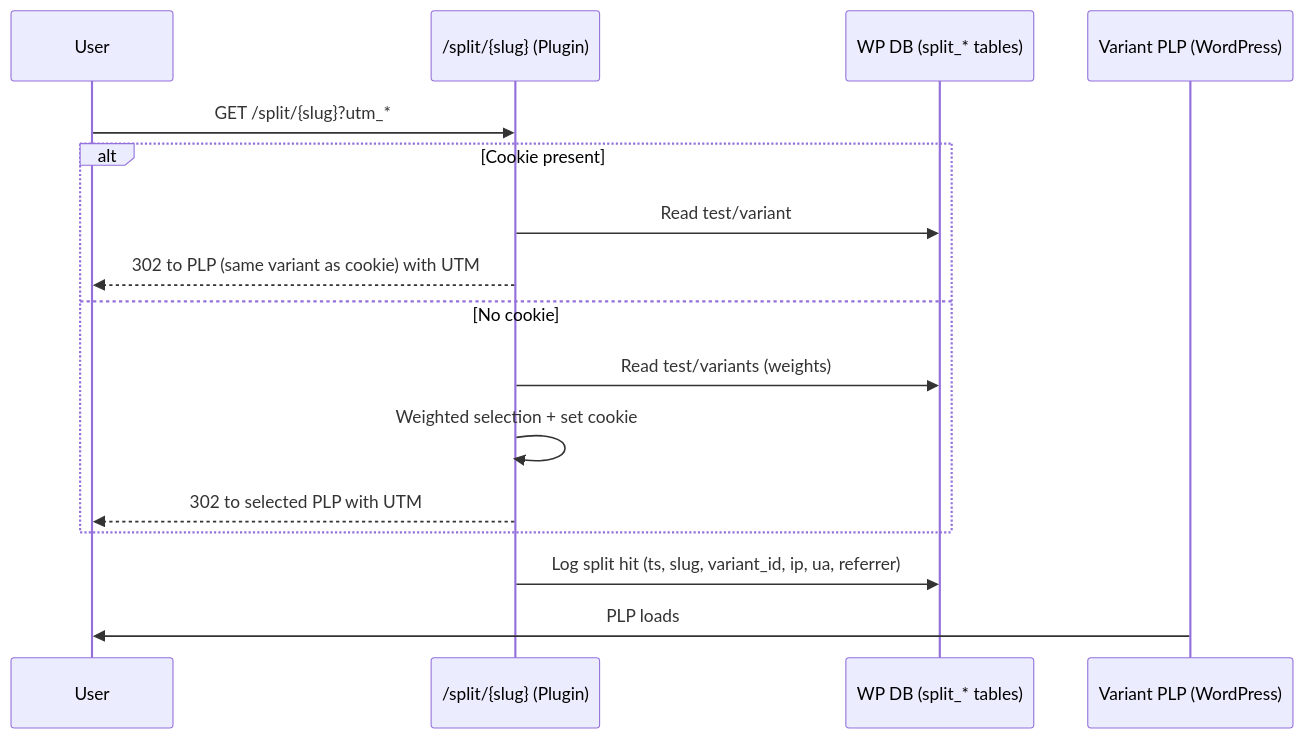
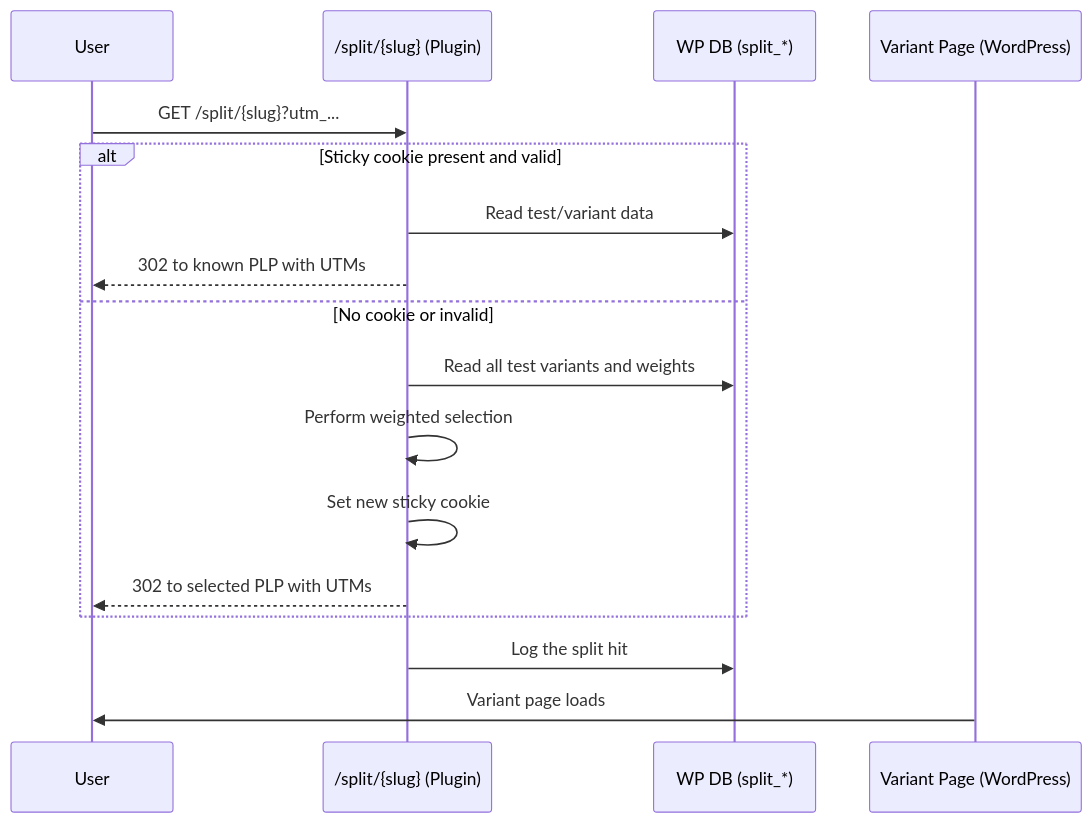
One commit to Nohow2117/GoWPTracker changed the second of 2 diagrams in docs/architecture.md. Above: the diagram before and after it, drawn with Mermaid. The commit also changed other lines of this file and 6 other files, not shown here.

First line of the commit message:
feat: Implement split test and Go tracker improvements

````diff
--- a/docs/architecture.md
+++ b/docs/architecture.md
@@ -176,19 +105,20 @@
 ```mermaid
 sequenceDiagram
     participant User
     participant Split as /split/{slug} (Plugin)
-    participant DB as WP DB (split_* tables)
-    participant PLP as Variant PLP (WordPress)
+    participant DB as WP DB (split_*)
+    participant PLP as Variant Page (WordPress)
 
-    User->>Split: GET /split/{slug}?utm_*
-    alt Cookie present
-        Split->>DB: Read test/variant
-        Split-->>User: 302 to PLP (same variant as cookie) with UTM
-    else No cookie
-        Split->>DB: Read test/variants (weights)
-        Split->>Split: Weighted selection + set cookie
-        Split-->>User: 302 to selected PLP with UTM
+    User->>Split: GET /split/{slug}?utm_...
+    alt Sticky cookie present and valid
+        Split->>DB: Read test/variant data
+        Split-->>User: 302 to known PLP with UTMs
+    else No cookie or invalid
+        Split->>DB: Read all test variants and weights
+        Split->>Split: Perform weighted selection
+        Split->>Split: Set new sticky cookie
+        Split-->>User: 302 to selected PLP with UTMs
     end
-    Split->>DB: Log split hit (ts, slug, variant_id, ip, ua, referrer)
-    PLP->>User: PLP loads
+    Split->>DB: Log the split hit
+    PLP->>User: Variant page loads
 ```
````
